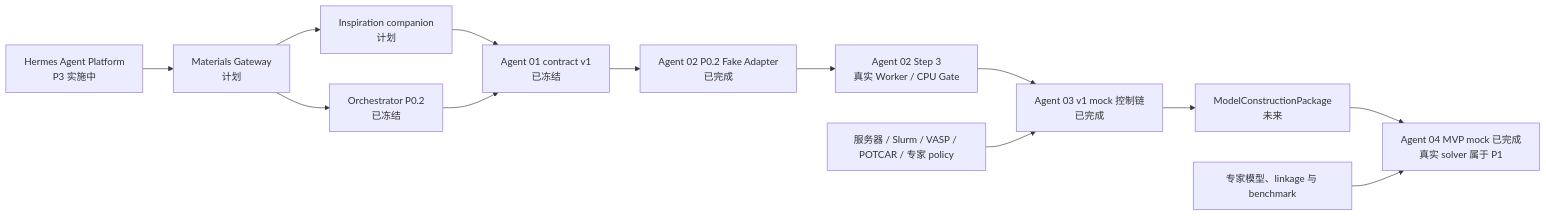
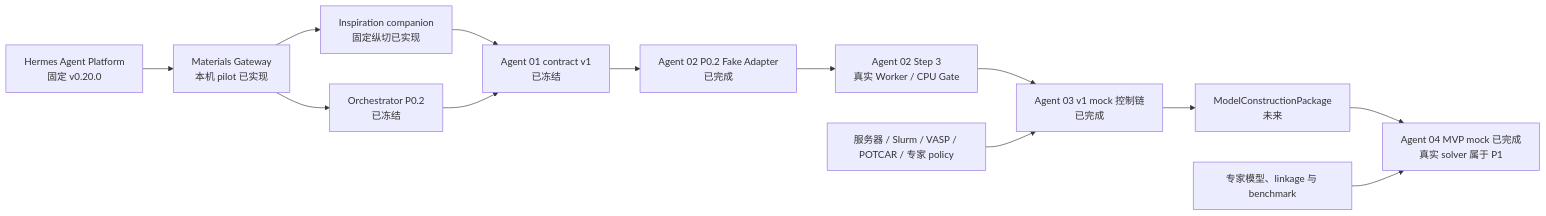
The diagram in plans/master.md (chimeraHHH/materials_screening_agent_hermes), drawn with Mermaid before and after one commit. The commit also changed other lines of this file and 6 other files, not shown here.

Commit message:
Document first Hermes inspiration pilot

````diff
--- a/plans/master.md
+++ b/plans/master.md
@@ -401,15 +403,15 @@
 ```mermaid
 flowchart LR
-    H["Hermes Agent Platform<br/>P3 实施中"] --> G["Materials Gateway<br/>计划"]
-    G --> I["Inspiration companion<br/>计划"]
+    H["Hermes Agent Platform<br/>固定 v0.20.0"] --> G["Materials Gateway<br/>本机 pilot 已实现"]
+    G --> I["Inspiration companion<br/>固定纵切已实现"]
     G --> O["Orchestrator P0.2<br/>已冻结"]
     I --> A1
     O["Orchestrator P0.2<br/>已冻结"] --> A1["Agent 01 contract v1<br/>已冻结"]
     A1 --> A2["Agent 02 P0.2 Fake Adapter<br/>已完成"]
     A2 --> ML["Agent 02 Step 3<br/>真实 Worker / CPU Gate"]
     ML --> A3["Agent 03 v1 mock 控制链<br/>已完成"]
     A3 --> MCP["ModelConstructionPackage<br/>未来"]
     MCP --> A4["Agent 04 MVP mock 已完成<br/>真实 solver 属于 P1"]
     INF["服务器 / Slurm / VASP / POTCAR / 专家 policy"] --> A3
     EXP["专家模型、linkage 与 benchmark"] --> A4
 ```
````
